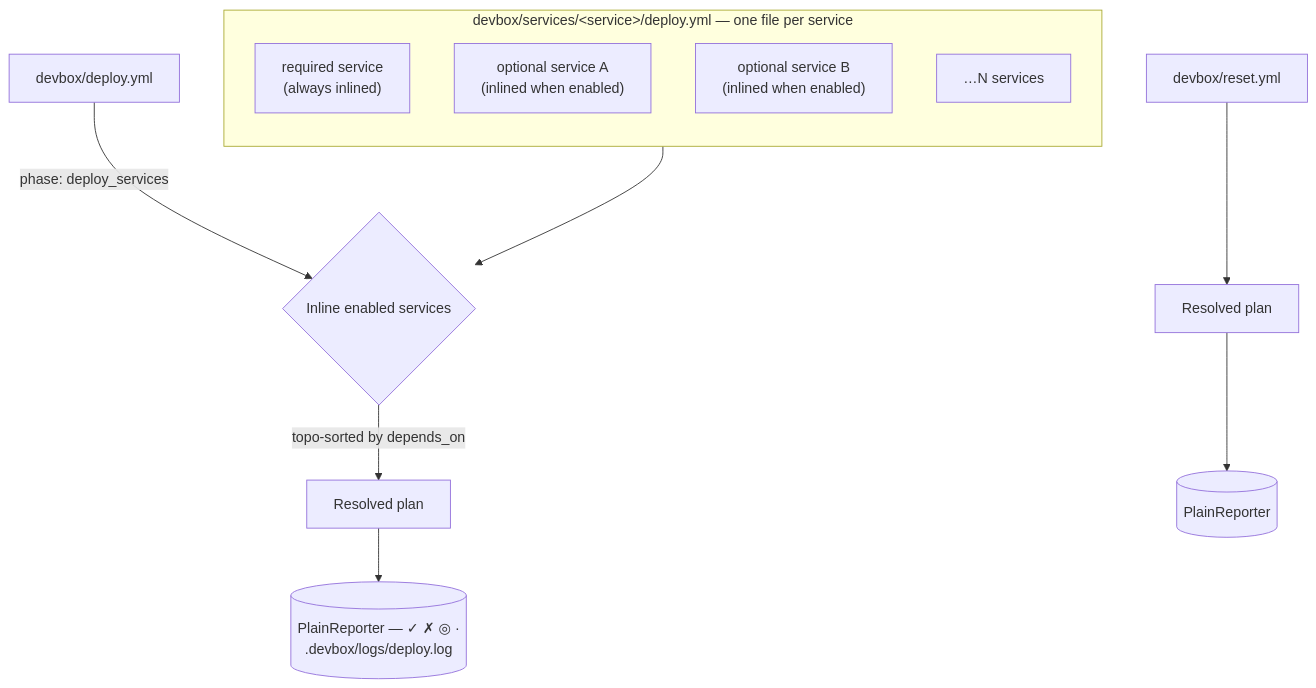
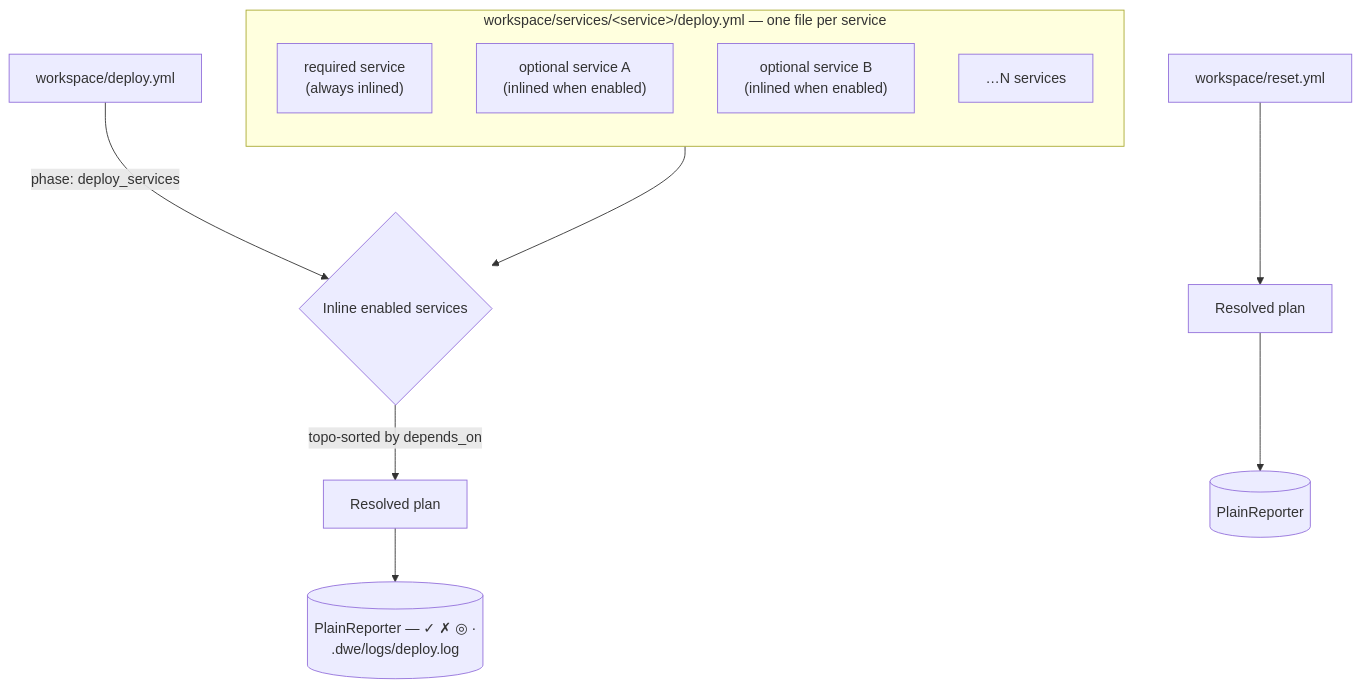
Before and after one commit to semsemyonoff/dwe: the diagram in docs/reference/config/deploy/index.md, drawn with Mermaid. The commit also changed other lines of this file and 113 other files, not shown here.

First line of the commit message:
feat: Phase 4a+4b — update EN and RU docs for devbox→dwe rebrand

````diff
--- a/docs/reference/config/deploy/index.md
+++ b/docs/reference/config/deploy/index.md
@@ -43,18 +43,18 @@
 ```mermaid
 flowchart TB
-  D[devbox/deploy.yml] -->|phase: deploy_services| INL{Inline enabled services}
+  D[workspace/deploy.yml] -->|phase: deploy_services| INL{Inline enabled services}
 
-  subgraph svc["devbox/services/&lt;service&gt;/deploy.yml — one file per service"]
+  subgraph svc["workspace/services/&lt;service&gt;/deploy.yml — one file per service"]
     direction TB
     S1["required service<br/>(always inlined)"]
     S2["optional service A<br/>(inlined when enabled)"]
     S3["optional service B<br/>(inlined when enabled)"]
     SN["…N services"]
   end
 
   svc --> INL
   INL -->|topo-sorted by depends_on| PLAN[Resolved plan]
-  PLAN --> RUN[(PlainReporter — ✓ ✗ ◎ ·<br/>.devbox/logs/deploy.log)]
+  PLAN --> RUN[(PlainReporter — ✓ ✗ ◎ ·<br/>.dwe/logs/deploy.log)]
 
-  R[devbox/reset.yml] --> RPLAN[Resolved plan] --> RUN2[(PlainReporter)]
+  R[workspace/reset.yml] --> RPLAN[Resolved plan] --> RUN2[(PlainReporter)]
 ```
````
